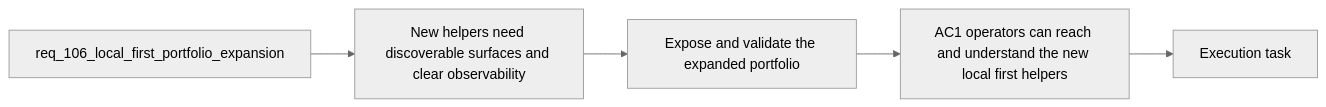
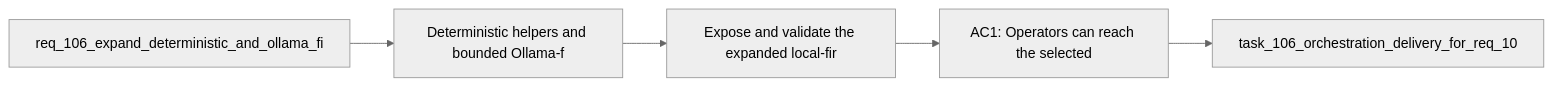
One commit to AlexAgo83/logics-manager changed the diagram in logics/backlog/item_193_expose_and_validate_the_expanded_local_first_delivery_portfolio_across_runtime_plugin_and_insights.md. Above: the diagram before and after it, drawn with Mermaid (neutral theme). The commit also changed 481 other files, not shown here.

````diff
--- a/logics/backlog/item_193_expose_and_validate_the_expanded_local_first_delivery_portfolio_across_runtime_plugin_and_insights.md
+++ b/logics/backlog/item_193_expose_and_validate_the_expanded_local_first_delivery_portfolio_across_runtime_plugin_and_insights.md
@@ -28,9 +28,9 @@
 ```mermaid
 %% logics-kind: backlog
 %% logics-signature: backlog|expose-and-validate-the-expanded-local-f|req-106-expand-deterministic-and-ollama-|deterministic-helpers-and-bounded-ollama|ac1-operators-can-reach-the-selected
 flowchart LR
-    Request[req_106_local_first_portfolio_expansion] --> Problem[New helpers need discoverable surfaces and clear observability]
-    Problem --> Scope[Expose and validate the expanded portfolio]
-    Scope --> Acceptance[AC1 operators can reach and understand the new local first helpers]
-    Acceptance --> Tasks[Execution task]
+    Request[req_106_expand_deterministic_and_ollama_fi] --> Problem[Deterministic helpers and bounded Ollama-f]
+    Problem --> Scope[Expose and validate the expanded local-fir]
+    Scope --> Acceptance[AC1: Operators can reach the selected]
+    Acceptance --> Tasks[task_106_orchestration_delivery_for_req_10]
 ```
````
